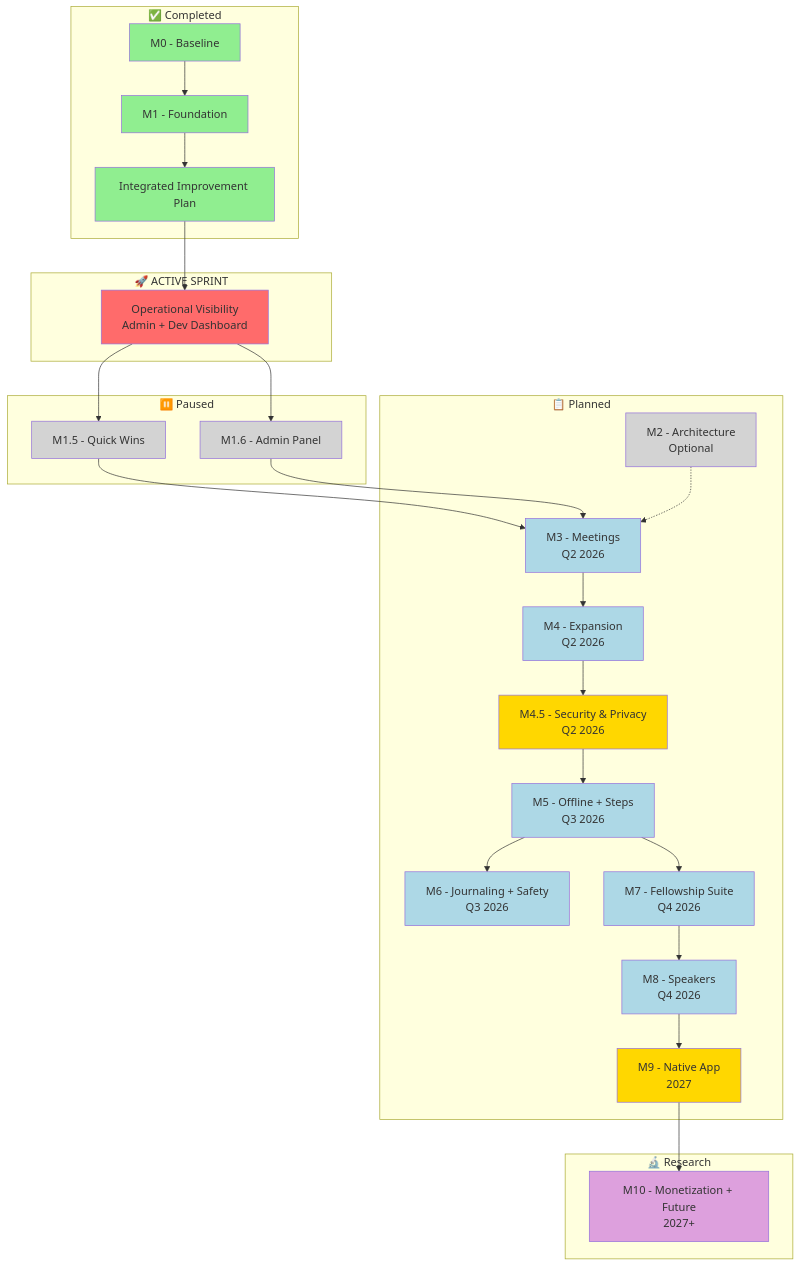
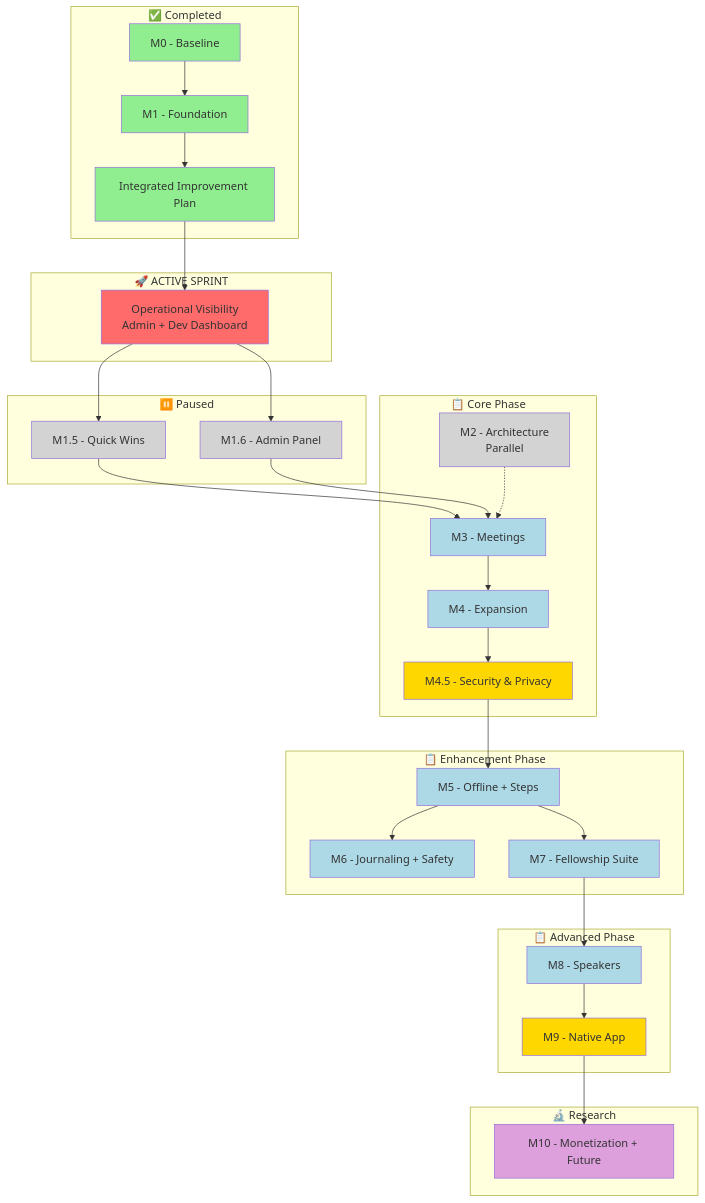
One commit to jasonmichaelbell78-creator/sonash-v0 changed the diagram in ROADMAP.md. Above: the diagram before and after it, drawn with Mermaid. The commit also changed other lines of this file and 22 other files, not shown here.

````diff
--- a/ROADMAP.md
+++ b/ROADMAP.md
@@ -113,67 +134,73 @@
 ```mermaid
 flowchart TD
     subgraph Completed["✅ Completed"]
         M0[M0 - Baseline]
         M1[M1 - Foundation]
         DOC[Integrated Improvement Plan]
     end
 
     subgraph Active["🚀 ACTIVE SPRINT"]
         OVS[Operational Visibility\nAdmin + Dev Dashboard]
     end
 
     subgraph Paused["⏸️ Paused"]
         M15[M1.5 - Quick Wins]
         M16[M1.6 - Admin Panel]
     end
 
-    subgraph Future["📋 Planned"]
-        M2[M2 - Architecture\nOptional]
-        M3[M3 - Meetings\nQ2 2026]
-        M4[M4 - Expansion\nQ2 2026]
-        M45[M4.5 - Security & Privacy\nQ2 2026]
-        M5[M5 - Offline + Steps\nQ3 2026]
-        M6[M6 - Journaling + Safety\nQ3 2026]
-        M7[M7 - Fellowship Suite\nQ4 2026]
-        M8[M8 - Speakers\nQ4 2026]
-        M9[M9 - Native App\n2027]
+    subgraph Core["📋 Core Phase"]
+        M2[M2 - Architecture\nParallel]
+        M3[M3 - Meetings]
+        M4[M4 - Expansion]
+        M45[M4.5 - Security & Privacy]
+    end
+
+    subgraph Enhancement["📋 Enhancement Phase"]
+        M5[M5 - Offline + Steps]
+        M6[M6 - Journaling + Safety]
+        M7[M7 - Fellowship Suite]
+    end
+
+    subgraph Advanced["📋 Advanced Phase"]
+        M8[M8 - Speakers]
+        M9[M9 - Native App]
     end
 
     subgraph Research["🔬 Research"]
-        M10[M10 - Monetization + Future\n2027+]
+        M10[M10 - Monetization + Future]
     end
 
     M0 --> M1
     M1 --> DOC
     DOC --> OVS
     OVS --> M15
     OVS --> M16
     M15 --> M3
     M16 --> M3
     M2 -.-> M3
     M3 --> M4
     M4 --> M45
     M45 --> M5
     M5 --> M6
     M5 --> M7
     M7 --> M8
     M8 --> M9
     M9 --> M10
 
     style M0 fill:#90EE90
     style M1 fill:#90EE90
     style DOC fill:#90EE90
     style OVS fill:#FF6B6B
     style M15 fill:#D3D3D3
     style M16 fill:#D3D3D3
     style M2 fill:#D3D3D3
     style M3 fill:#ADD8E6
     style M4 fill:#ADD8E6
     style M45 fill:#FFD700
     style M5 fill:#ADD8E6
     style M6 fill:#ADD8E6
     style M7 fill:#ADD8E6
     style M8 fill:#ADD8E6
     style M9 fill:#FFD700
     style M10 fill:#DDA0DD
 ```
````
